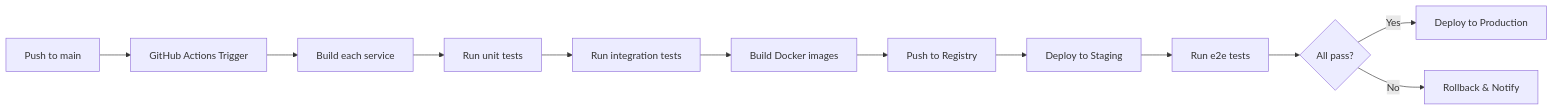
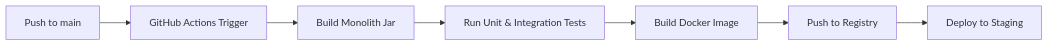
Before and after one commit to 123suraj-sky/DevOps-Suite: the first of 2 diagrams in docs/07-deployment-devops.md, drawn with Mermaid. The commit also changed other lines of this file and 116 other files, not shown here.

First line of the commit message:
refactor: convert microservices to monolithic architecture

````diff
--- a/docs/07-deployment-devops.md
+++ b/docs/07-deployment-devops.md
@@ -11,14 +10,9 @@
-``` mermaid
+```mermaid
 flowchart LR
     A[Push to main] --> B[GitHub Actions Trigger]
-    B --> C[Build each service]
-    C --> D[Run unit tests]
-    D --> E[Run integration tests]
-    E --> F[Build Docker images]
-    F --> G[Push to Registry]
-    G --> H[Deploy to Staging]
-    H --> I[Run e2e tests]
-    I --> J{All pass?}
-    J -->|Yes| K[Deploy to Production]
-    J -->|No| L[Rollback & Notify]
+    B --> C[Build Monolith Jar]
+    C --> D[Run Unit & Integration Tests]
+    D --> E[Build Docker Image]
+    E --> F[Push to Registry]
+    F --> G[Deploy to Staging]
 ```
````
